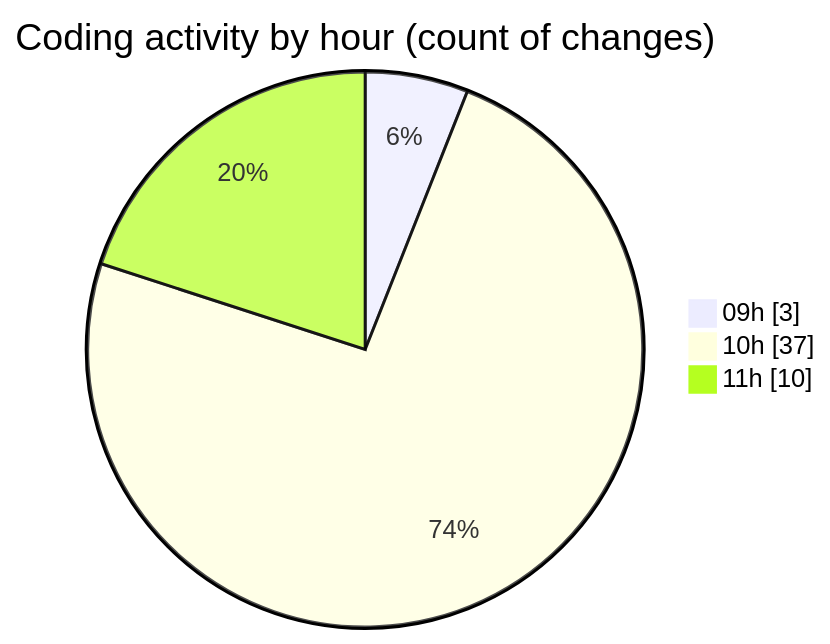
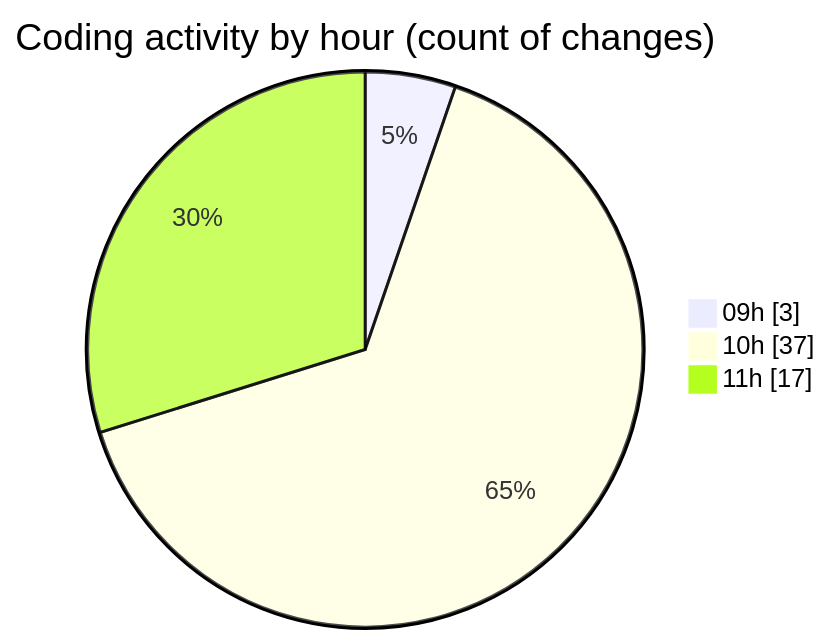
The second of 2 diagrams in 2025-05-02/ecodeli/README.md (CELIANVF/code-tracking), drawn with Mermaid before and after one commit. The commit also changed other lines of this file and 1 other file, not shown here.

````diff
--- a/2025-05-02/ecodeli/README.md
+++ b/2025-05-02/ecodeli/README.md
@@ -52,7 +55,7 @@
 ```mermaid
 pie showData
 title Coding activity by hour (count of changes)
 "09h" : 3
 "10h" : 37
-"11h" : 10
+"11h" : 17
 ```
````
